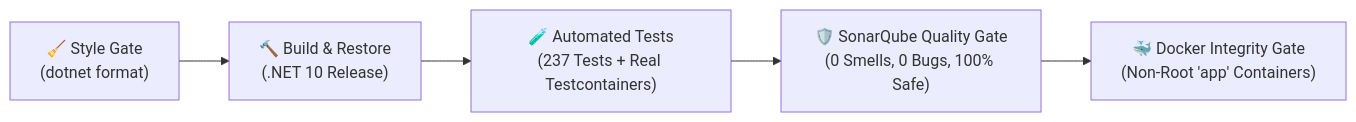
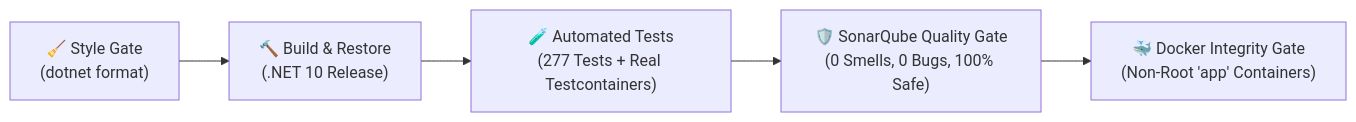
Before and after one commit to enesonmez/shuffleseries_microservices: the third of 3 diagrams in README.md, drawn with Mermaid. The commit also changed other lines of this file and 126 other files, not shown here.

````diff
--- a/README.md
+++ b/README.md
@@ -343,7 +371,7 @@
 ```mermaid
 flowchart LR
     A["🧹 Style Gate\n(dotnet format)"] --> B["🔨 Build & Restore\n(.NET 10 Release)"]
-    B --> C["🧪 Automated Tests\n(237 Tests + Real Testcontainers)"]
+    B --> C["🧪 Automated Tests\n(277 Tests + Real Testcontainers)"]
     C --> D["🛡️ SonarQube Quality Gate\n(0 Smells, 0 Bugs, 100% Safe)"]
     D --> E["🐳 Docker Integrity Gate\n(Non-Root 'app' Containers)"]
 ```
````
